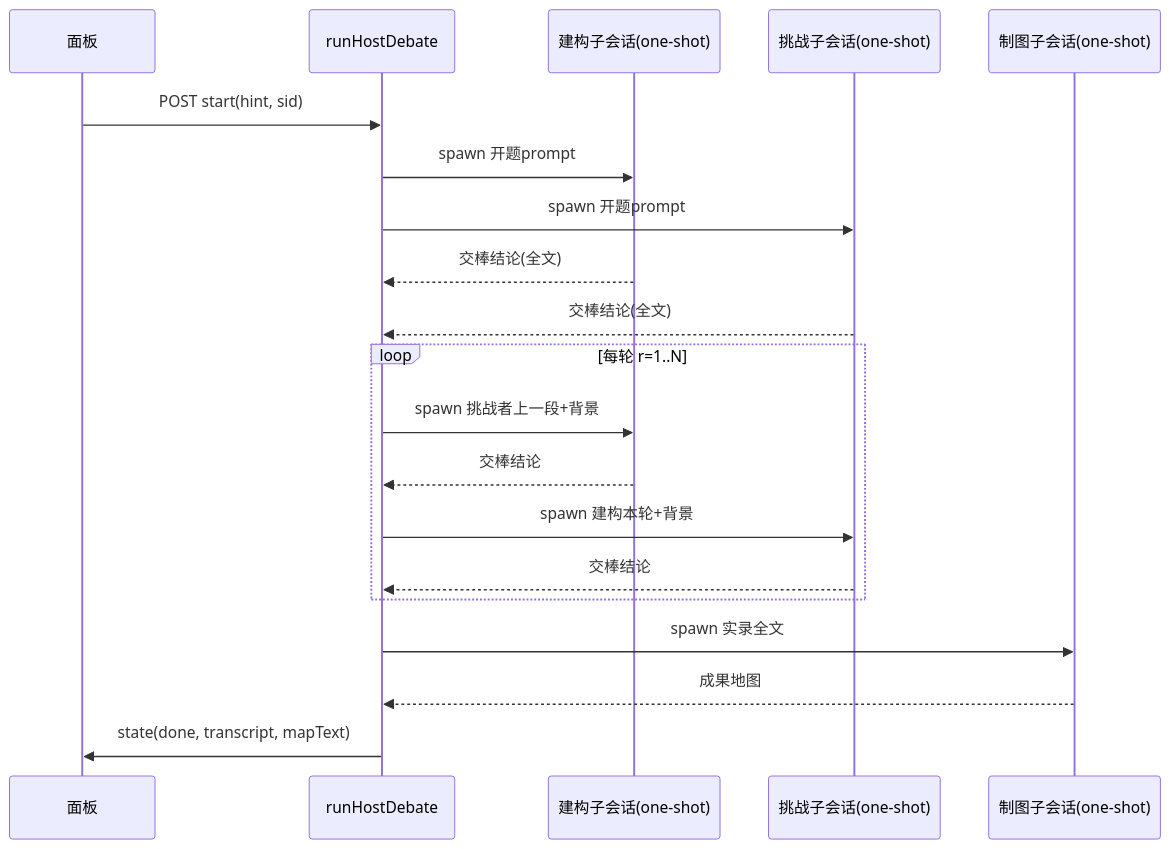
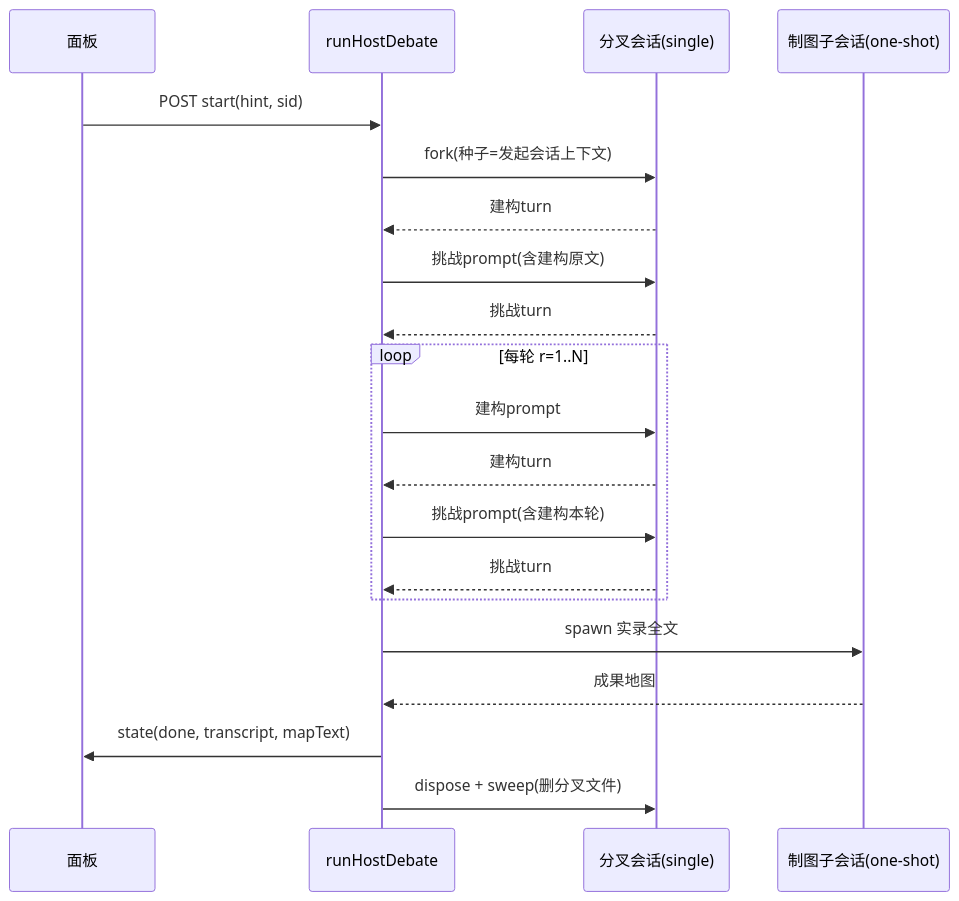
Before and after one commit to doubleelec/dsh-debate: the third of 3 diagrams in docs/architecture.md, drawn with Mermaid. The commit also changed other lines of this file and 4 other files, not shown here.

````diff
--- a/docs/architecture.md
+++ b/docs/architecture.md
@@ -105,22 +108,22 @@
 ```mermaid
 sequenceDiagram
     participant P as 面板
     participant H as runHostDebate
-    participant B as 建构子会话(one-shot)
-    participant C as 挑战子会话(one-shot)
+    participant F as 分叉会话(single)
     participant S as 制图子会话(one-shot)
     P->>H: POST start(hint, sid)
-    H->>B: spawn 开题prompt
-    H->>C: spawn 开题prompt
-    B-->>H: 交棒结论(全文)
-    C-->>H: 交棒结论(全文)
+    H->>F: fork(种子=发起会话上下文)
+    F-->>H: 建构turn
+    H->>F: 挑战prompt(含建构原文)
+    F-->>H: 挑战turn
     loop 每轮 r=1..N
-        H->>B: spawn 挑战者上一段+背景
-        B-->>H: 交棒结论
-        H->>C: spawn 建构本轮+背景
-        C-->>H: 交棒结论
+        H->>F: 建构prompt
+        F-->>H: 建构turn
+        H->>F: 挑战prompt(含建构本轮)
+        F-->>H: 挑战turn
     end
     H->>S: spawn 实录全文
     S-->>H: 成果地图
     H->>P: state(done, transcript, mapText)
+    H->>F: dispose + sweep(删分叉文件)
 ```
````
